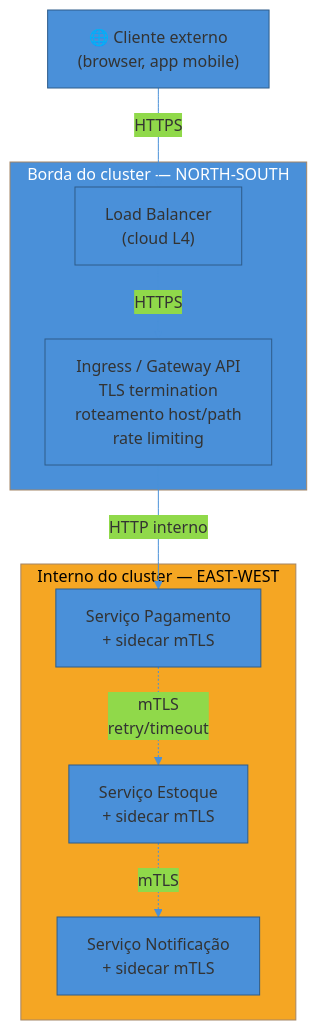
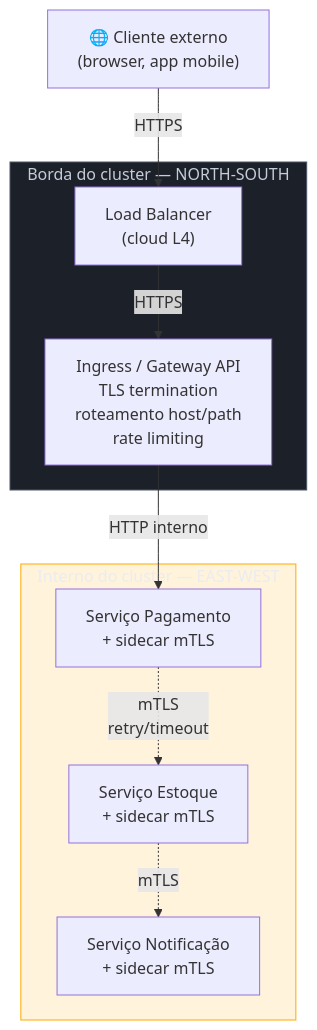
The first of 3 diagrams in 03-Dominios/Engenharia/Operação/3 - Rodar em produção/05 - Rede e borda em produção.md (josenaldo/codex-technomanticus), drawn with Mermaid before and after one commit. The commit also changed other lines of this file and 1181 other files, not shown here.

First line of the commit message:
fix(diagramas): paleta do sistema no lugar de cor cravada no markdown

````diff
--- a/03-Dominios/Engenharia/Operação/3 - Rodar em produção/05 - Rede e borda em produção.md
+++ b/03-Dominios/Engenharia/Operação/3 - Rodar em produção/05 - Rede e borda em produção.md
@@ -33,25 +33,26 @@
 ```mermaid
-%%{init: {"theme": "base", "themeVariables": {"primaryColor": "#4A90D9", "primaryBorderColor": "#2E5C8A", "lineColor": "#4A90D9"}}}%%
 graph TB
+    classDef neutro fill:#1B2029,stroke:#4E5666,color:#C6CCD8
+    classDef destaque fill:#FFAA0024,stroke:#FFAA00,color:#E9ECF2
     CLIENT["🌐 Cliente externo<br/>(browser, app mobile)"]
 
     subgraph EDGE["Borda do cluster — NORTH-SOUTH"]
         LB["Load Balancer<br/>(cloud L4)"]
         ING["Ingress / Gateway API<br/>TLS termination<br/>roteamento host/path<br/>rate limiting"]
     end
 
     subgraph MESH["Interno do cluster — EAST-WEST"]
         SVCA["Serviço Pagamento<br/>+ sidecar mTLS"]
         SVCB["Serviço Estoque<br/>+ sidecar mTLS"]
         SVCC["Serviço Notificação<br/>+ sidecar mTLS"]
     end
 
     CLIENT -->|"HTTPS"| LB
     LB -->|"HTTPS"| ING
     ING -->|"HTTP interno"| SVCA
     SVCA -.->|"mTLS<br/>retry/timeout"| SVCB
     SVCB -.->|"mTLS"| SVCC
 
-    style EDGE fill:#4A90D9,color:#fff
-    style MESH fill:#F5A623,color:#000
+    class EDGE neutro
+    class MESH destaque
 ```
````
